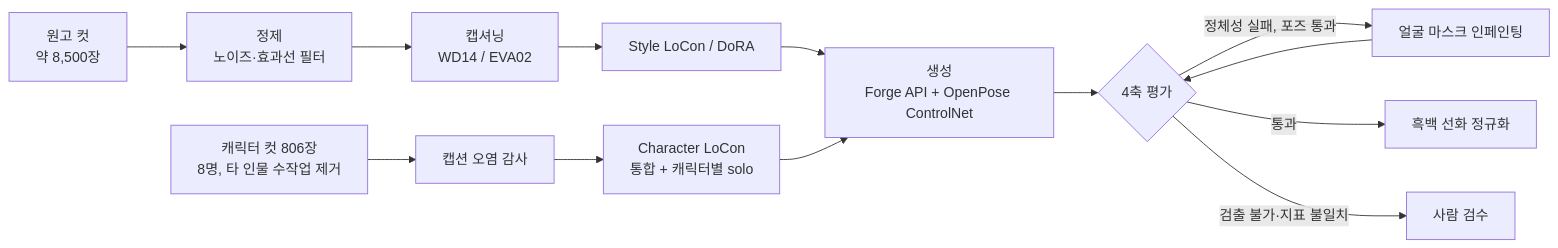
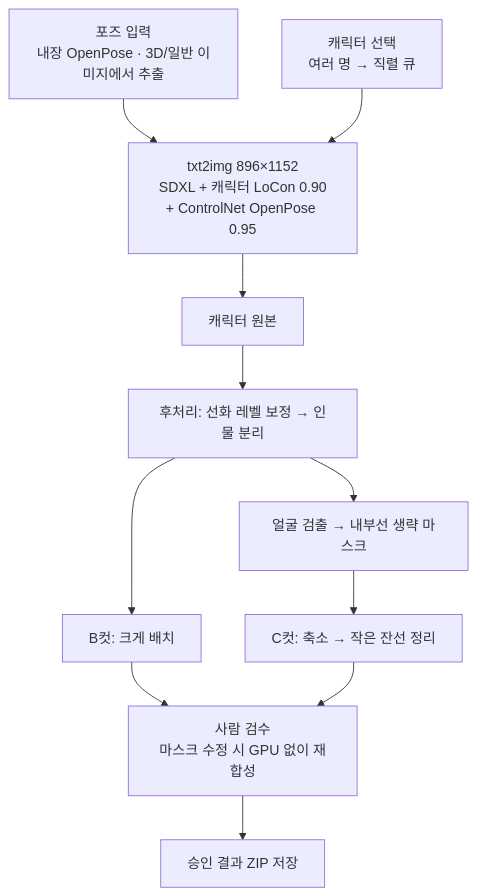
One commit to guswns578/webtoon-style-lora changed the second of 2 diagrams in README.md. Above: the diagram before and after it, drawn with Mermaid. The commit also changed other lines of this file and 3 other files, not shown here.

First line of the commit message:
Restructure docs around research timeline and current studio

````diff
--- a/README.md
+++ b/README.md
@@ -23,14 +95,13 @@
 ```mermaid
-flowchart LR
-    A[원고 컷<br/>약 8,500장] --> B[정제<br/>노이즈·효과선 필터]
-    B --> C[캡셔닝<br/>WD14 / EVA02]
-    C --> D[Style LoCon / DoRA]
-    A2[캐릭터 컷 806장<br/>8명, 타 인물 수작업 제거] --> C2[캡션 오염 감사] --> E[Character LoCon<br/>통합 + 캐릭터별 solo]
-    D --> G[생성<br/>Forge API + OpenPose ControlNet]
-    E --> G
-    G --> H{4축 평가}
-    H -->|정체성 실패, 포즈 통과| I[얼굴 마스크 인페인팅]
-    I --> H
-    H -->|통과| J[흑백 선화 정규화]
-    H -->|검출 불가·지표 불일치| K[사람 검수]
+flowchart TB
+    P[포즈 입력<br/>내장 OpenPose · 3D/일반 이미지에서 추출] --> G
+    C[캐릭터 선택<br/>여러 명 → 직렬 큐] --> G
+    G[txt2img 896×1152<br/>SDXL + 캐릭터 LoCon 0.90<br/>+ ControlNet OpenPose 0.95] --> R[캐릭터 원본]
+    R --> S[후처리: 선화 레벨 보정 → 인물 분리]
+    S --> B[B컷: 크게 배치]
+    S --> F[얼굴 검출 → 내부선 생략 마스크]
+    F --> CC[C컷: 축소 → 작은 잔선 정리]
+    B --> V[사람 검수<br/>마스크 수정 시 GPU 없이 재합성]
+    CC --> V
+    V --> Z[승인 결과 ZIP 저장]
 ```
````
